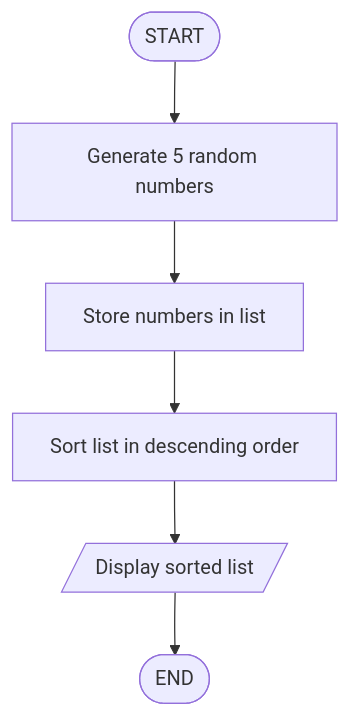
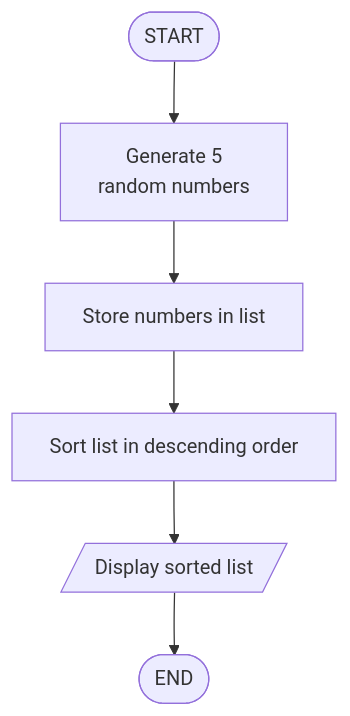
Before and after one commit to Tay25006739/WIX1002_W02_Tutorial_1: diagram 11 of 12 in README.md, drawn with Mermaid. The commit also changed other lines of this file, not shown here.

Commit message:
Realign flow chart, making words visible

````diff
--- a/README.md
+++ b/README.md
@@ -325,8 +325,8 @@
 ```mermaid
 flowchart TD
-    A([START]) --> B[Generate 5 random numbers]
+    A([START]) --> B[Generate 5 <br> random numbers]
     B --> C[Store numbers in list]
     C --> D[Sort list in descending order]
     D --> E[/Display sorted list/]
     E --> F([END])
 ```
````
